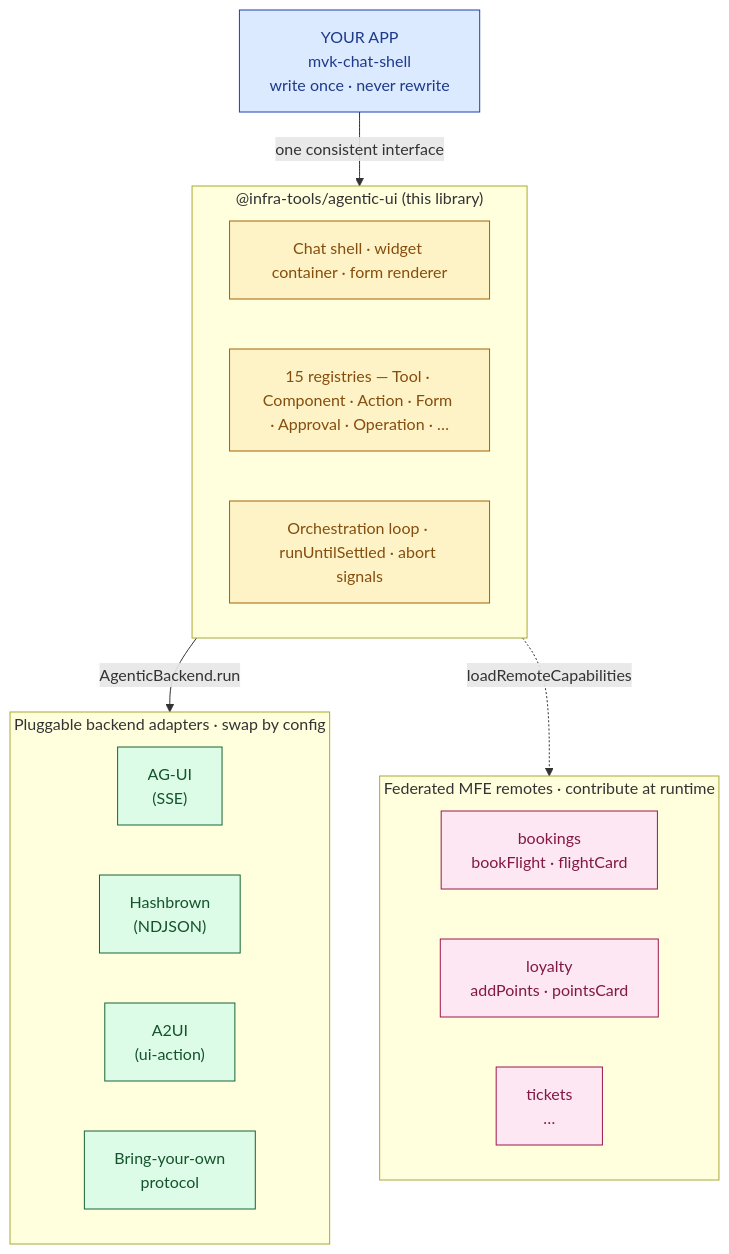
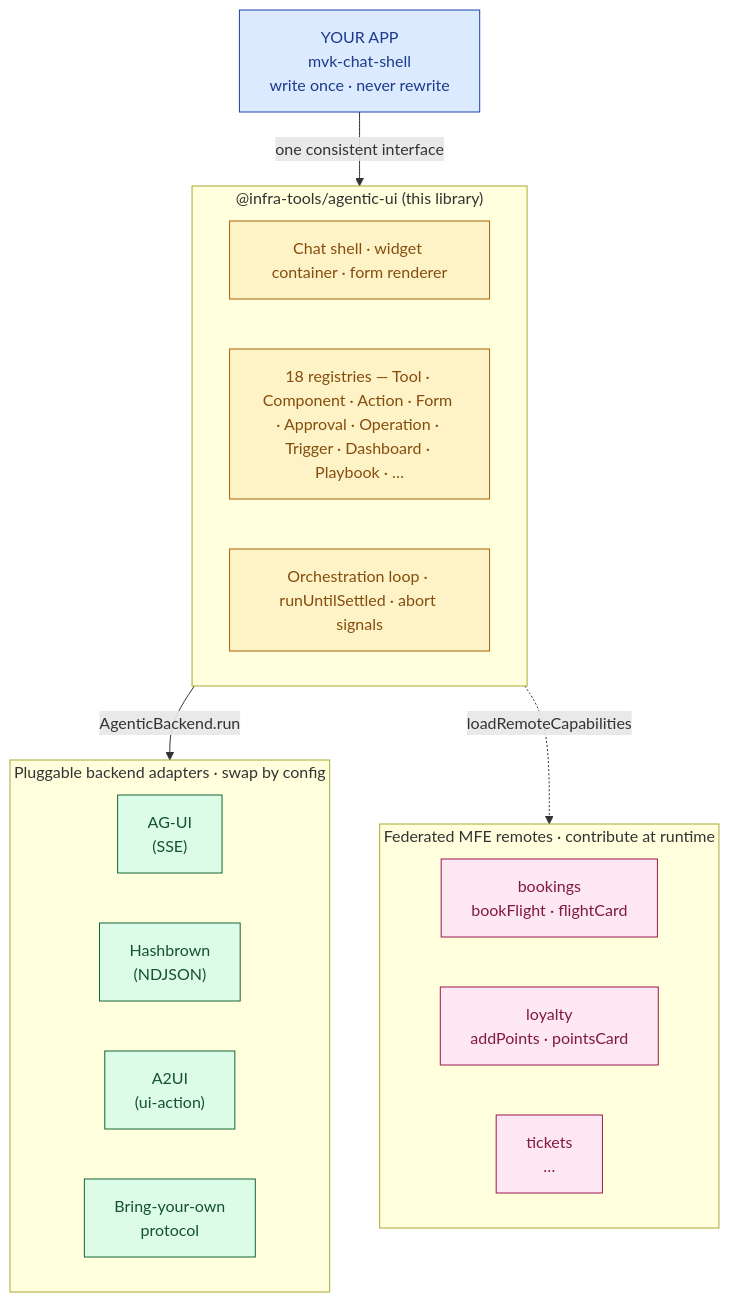
One commit to sahassakhare/agentic-ui changed the second of 3 diagrams in README.md. Above: the diagram before and after it, drawn with Mermaid. The commit also changed other lines of this file and 1 other file, not shown here.

````diff
--- a/README.md
+++ b/README.md
@@ -120,32 +120,32 @@
 ```mermaid
 flowchart TB
     classDef app fill:#dbeafe,stroke:#1e40af,stroke-width:1px,color:#1e3a8a
     classDef lib fill:#fef3c7,stroke:#a16207,stroke-width:1px,color:#854d0e
     classDef adapter fill:#dcfce7,stroke:#166534,stroke-width:1px,color:#14532d
     classDef remote fill:#fce7f3,stroke:#9d174d,stroke-width:1px,color:#831843
 
     APP["YOUR APP<br/>mvk-chat-shell<br/>write once · never rewrite"]:::app
 
     subgraph LIB["@infra-tools/agentic-ui (this library)"]
         L1["Chat shell · widget container · form renderer"]:::lib
-        L2["15 registries — Tool · Component · Action · Form · Approval · Operation · …"]:::lib
+        L2["18 registries — Tool · Component · Action · Form · Approval · Operation · Trigger · Dashboard · Playbook · …"]:::lib
         L3["Orchestration loop · runUntilSettled · abort signals"]:::lib
     end
 
     subgraph PROTO["Pluggable backend adapters · swap by config"]
         AG["AG-UI<br/>(SSE)"]:::adapter
         HB["Hashbrown<br/>(NDJSON)"]:::adapter
         A2["A2UI<br/>(ui-action)"]:::adapter
         BYO["Bring-your-own<br/>protocol"]:::adapter
     end
 
     subgraph MFE["Federated MFE remotes · contribute at runtime"]
         R1["bookings<br/>bookFlight · flightCard"]:::remote
         R2["loyalty<br/>addPoints · pointsCard"]:::remote
         R3["tickets<br/>…"]:::remote
     end
 
     APP -->|one consistent interface| LIB
     LIB -->|AgenticBackend.run| PROTO
     LIB -.->|loadRemoteCapabilities| MFE
 ```
````
